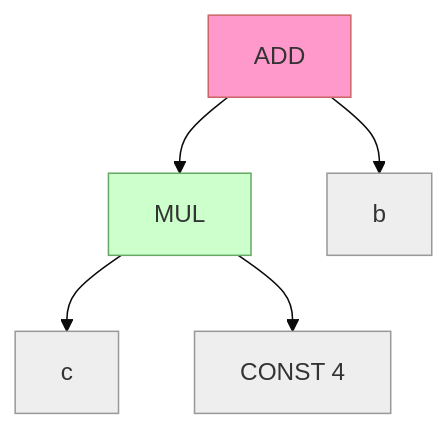
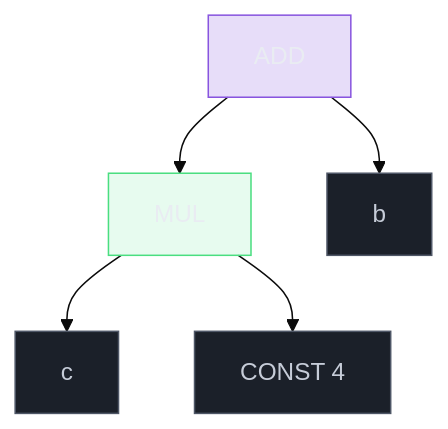
One commit to josenaldo/codex-technomanticus changed the second of 7 diagrams in 03-Dominios/Ciência/Compiladores e Linguagens/13 - Geração de código e seleção de instruções.md. Above: the diagram before and after it, drawn with Mermaid (base theme). The commit also changed 1181 other files, not shown here.

First line of the commit message:
fix(diagramas): paleta do sistema no lugar de cor cravada no markdown

````diff
--- a/03-Dominios/Ciência/Compiladores e Linguagens/13 - Geração de código e seleção de instruções.md
+++ b/03-Dominios/Ciência/Compiladores e Linguagens/13 - Geração de código e seleção de instruções.md
@@ -61,13 +61,16 @@
 ```mermaid
 graph TD
+    classDef marca fill:#8855DF33,stroke:#8855DF,color:#E9ECF2
+    classDef ok fill:#4ADE8021,stroke:#4ADE80,color:#E9ECF2
+    classDef neutro fill:#1B2029,stroke:#4E5666,color:#C6CCD8
     ADD["ADD"] --> MUL["MUL"]
     ADD --> b["b"]
     MUL --> c["c"]
     MUL --> CONST4["CONST 4"]
 
-    style ADD fill:#f9c,stroke:#c66
-    style MUL fill:#cfc,stroke:#6a6
-    style b fill:#eee,stroke:#999
-    style c fill:#eee,stroke:#999
-    style CONST4 fill:#eee,stroke:#999
+    class ADD marca
+    class MUL ok
+    class b neutro
+    class c neutro
+    class CONST4 neutro
 ```
````
